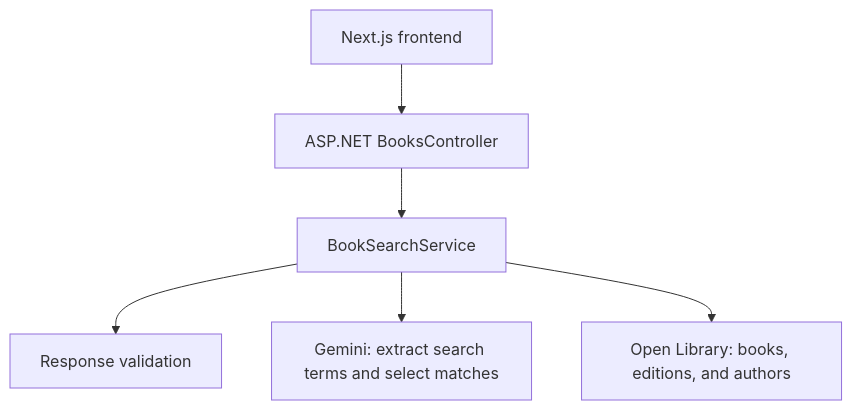
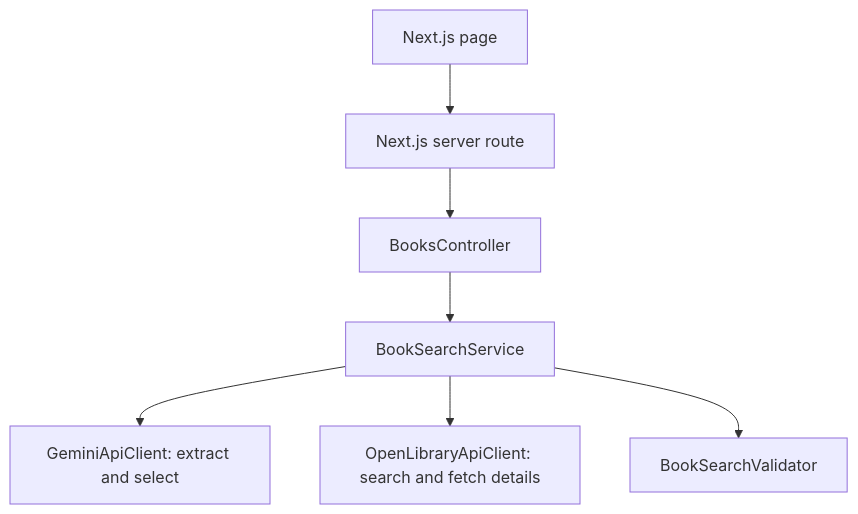
One commit to Taha7865/FindBook changed the diagram in README.md. Above: the diagram before and after it, drawn with Mermaid. The commit also changed other lines of this file, not shown here.

Commit message:
docs: explain setup, search design, and testing

````diff
--- a/README.md
+++ b/README.md
@@ -7,8 +68,9 @@
 ```mermaid
 flowchart TD
-    UI[Next.js frontend] --> API[ASP.NET BooksController]
-    API --> Search[BookSearchService]
-    Search --> Validator[Response validation]
-    Search --> Gemini[Gemini: extract search terms and select matches]
-    Search --> OpenLibrary[Open Library: books, editions, and authors]
+    Browser[Next.js page] --> Route[Next.js server route]
+    Route --> Controller[BooksController]
+    Controller --> Service[BookSearchService]
+    Service --> Gemini[GeminiApiClient: extract and select]
+    Service --> Library[OpenLibraryApiClient: search and fetch details]
+    Service --> Validator[BookSearchValidator]
 ```
````
